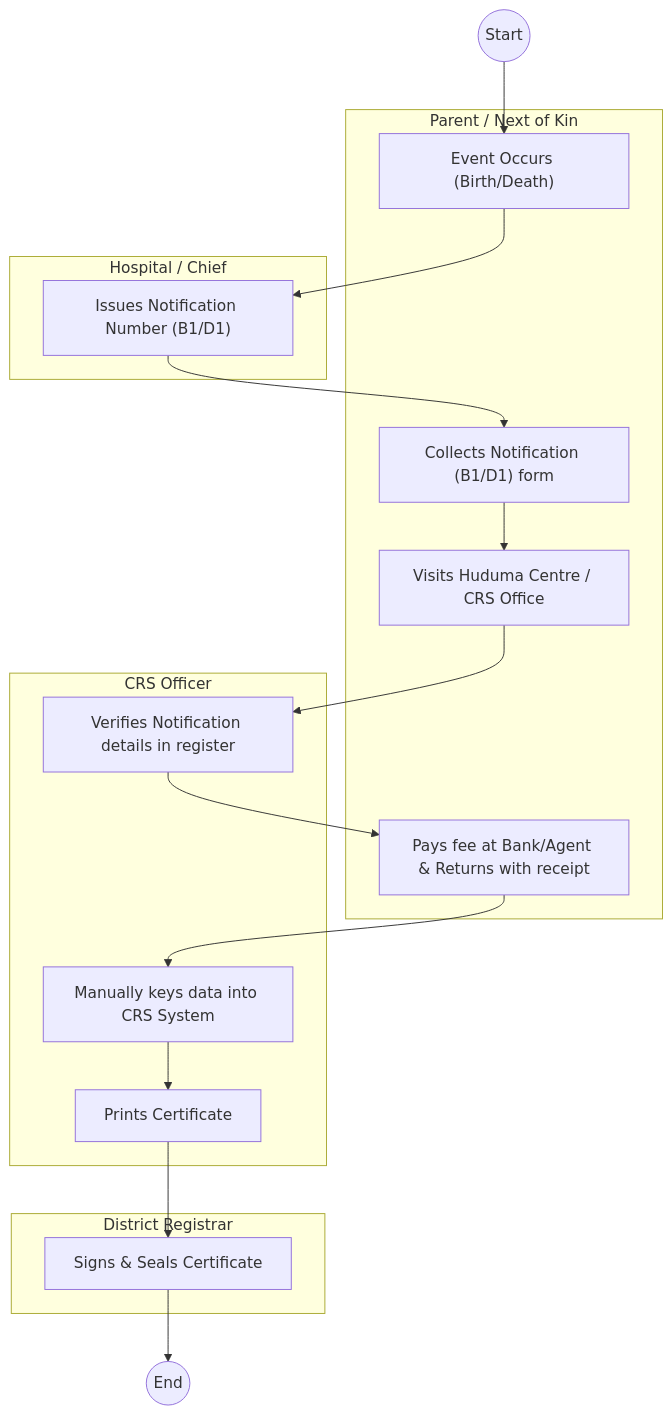
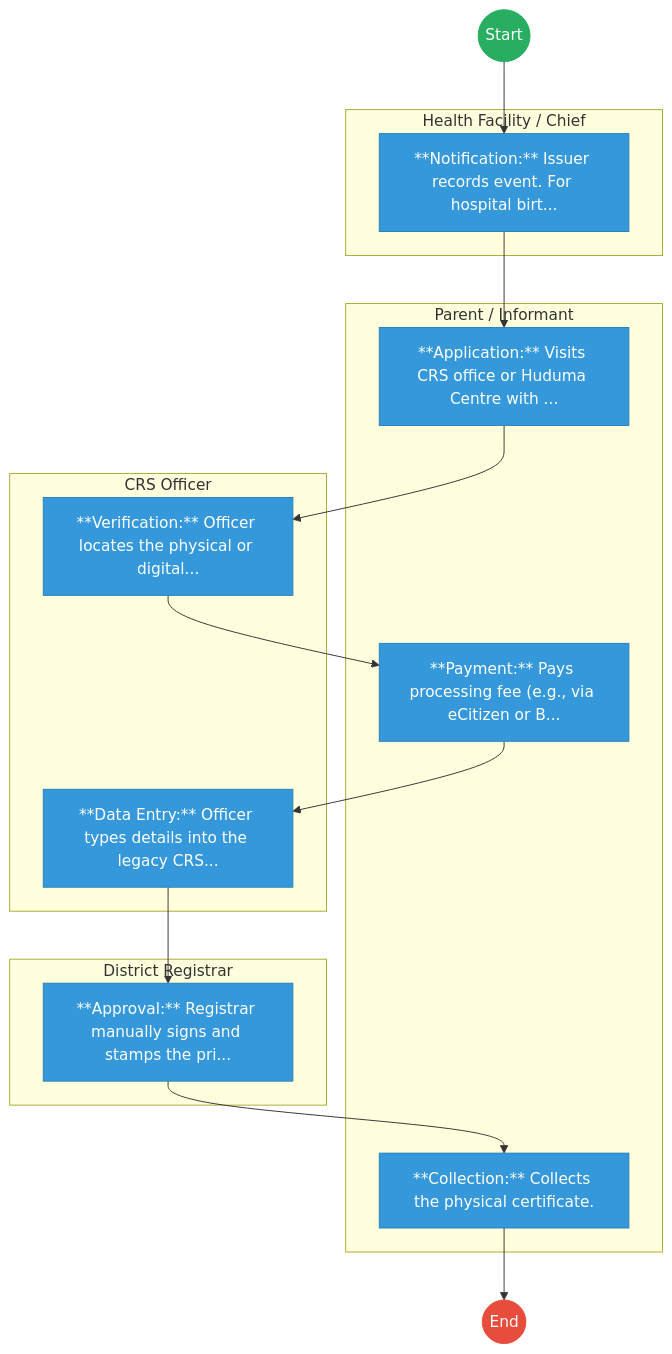
The first of 2 diagrams in mdas/docs_final/_CIVIL_REGISTRATION_SERVICES_CRS____Service_Delivery.md (BITZ-IT-Consulting-LTD/ictapoc), drawn with Mermaid before and after one commit. The commit also changed other lines of this file and 461 other files, not shown here.

````diff
--- a/mdas/docs_final/_CIVIL_REGISTRATION_SERVICES_CRS____Service_Delivery.md
+++ b/mdas/docs_final/_CIVIL_REGISTRATION_SERVICES_CRS____Service_Delivery.md
@@ -20,31 +20,39 @@
 ```mermaid
 graph TD
     Start((Start)) --> S1
-    subgraph Citizen [Parent / Next of Kin]
-        S1["Event Occurs (Birth/Death)"]
-        S3["Collects Notification (B1/D1) form"]
-        S4["Visits Huduma Centre / CRS Office"]
-        S6["Pays fee at Bank/Agent & Returns with receipt"]
+
+    subgraph Health_Facility___Chief [Health Facility / Chief]
+        S1["**Notification:** Issuer records event. For hospital birt..."]
     end
-    subgraph HealthFacility [Hospital / Chief]
-        S2["Issues Notification Number (B1/D1)"]
+
+    subgraph Parent___Informant [Parent / Informant]
+        S2["**Application:** Visits CRS office or Huduma Centre with ..."]
+        S4["**Payment:** Pays processing fee (e.g., via eCitizen or B..."]
+        S7["**Collection:** Collects the physical certificate."]
     end
-    subgraph CRSOfficer [CRS Officer]
-        S5["Verifies Notification details in register"]
-        S7["Manually keys data into CRS System"]
-        S8["Prints Certificate"]
+
+    subgraph CRS_Officer [CRS Officer]
+        S3["**Verification:** Officer locates the physical or digital..."]
+        S5["**Data Entry:** Officer types details into the legacy CRS..."]
     end
-    subgraph Registrar [District Registrar]
-        S9["Signs & Seals Certificate"]
+
+    subgraph District_Registrar [District Registrar]
+        S6["**Approval:** Registrar manually signs and stamps the pri..."]
     end
-    
     S1 --> S2
     S2 --> S3
     S3 --> S4
     S4 --> S5
     S5 --> S6
     S6 --> S7
-    S7 --> S8
-    S8 --> S9
-    S9 --> End((End))
+    S7 --> End((End))
+
+    classDef start fill:#27ae60,stroke:#27ae60,color:#fff;
+    classDef endNode fill:#e74c3c,stroke:#e74c3c,color:#fff;
+    classDef userTask fill:#3498db,stroke:#2980b9,color:#fff;
+    classDef serviceTask fill:#9b59b6,stroke:#8e44ad,color:#fff;
+
+    class Start start;
+    class End endNode;
+    class S1,S2,S3,S4,S5,S6,S7 userTask;
 ```
````
